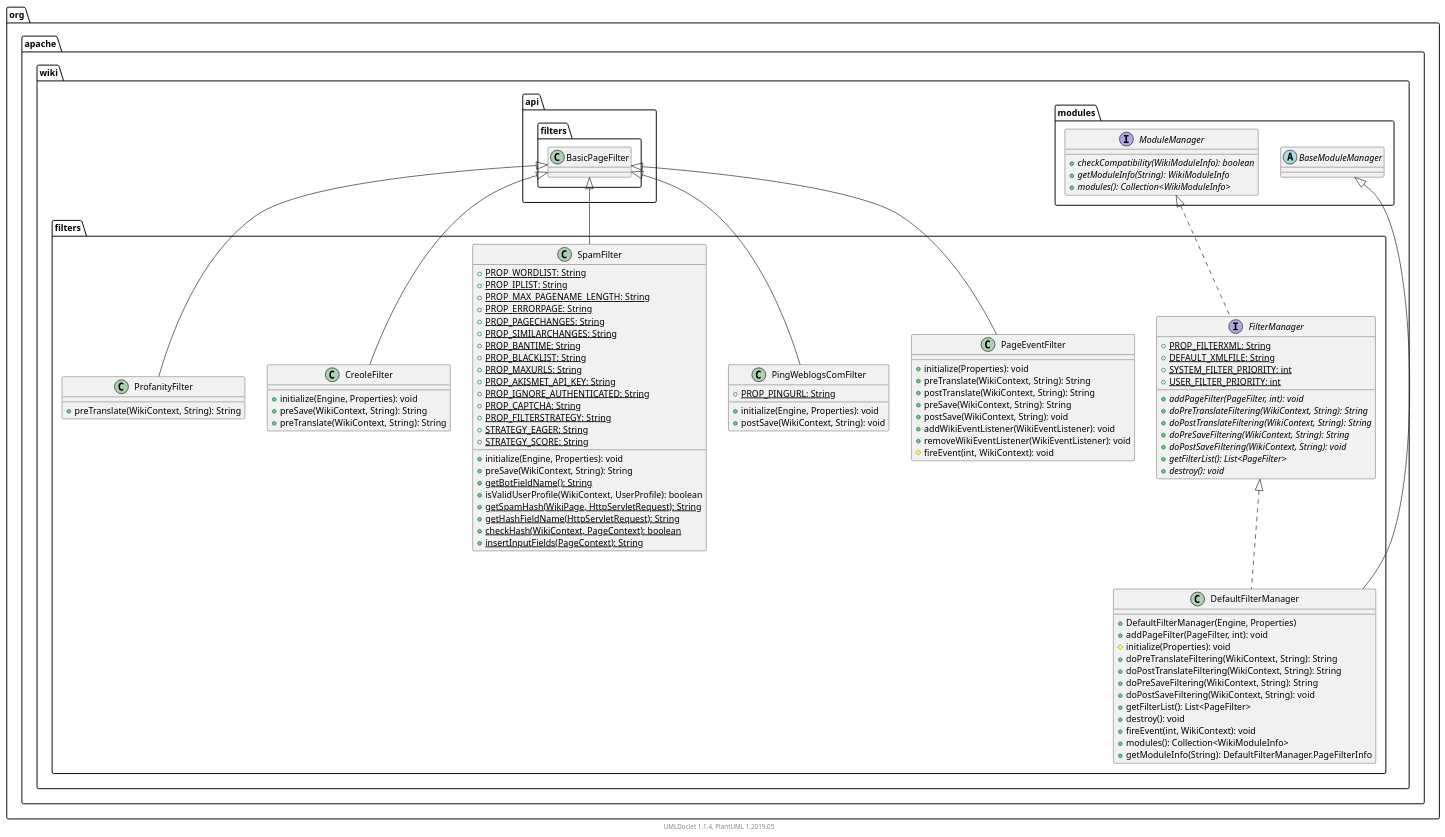
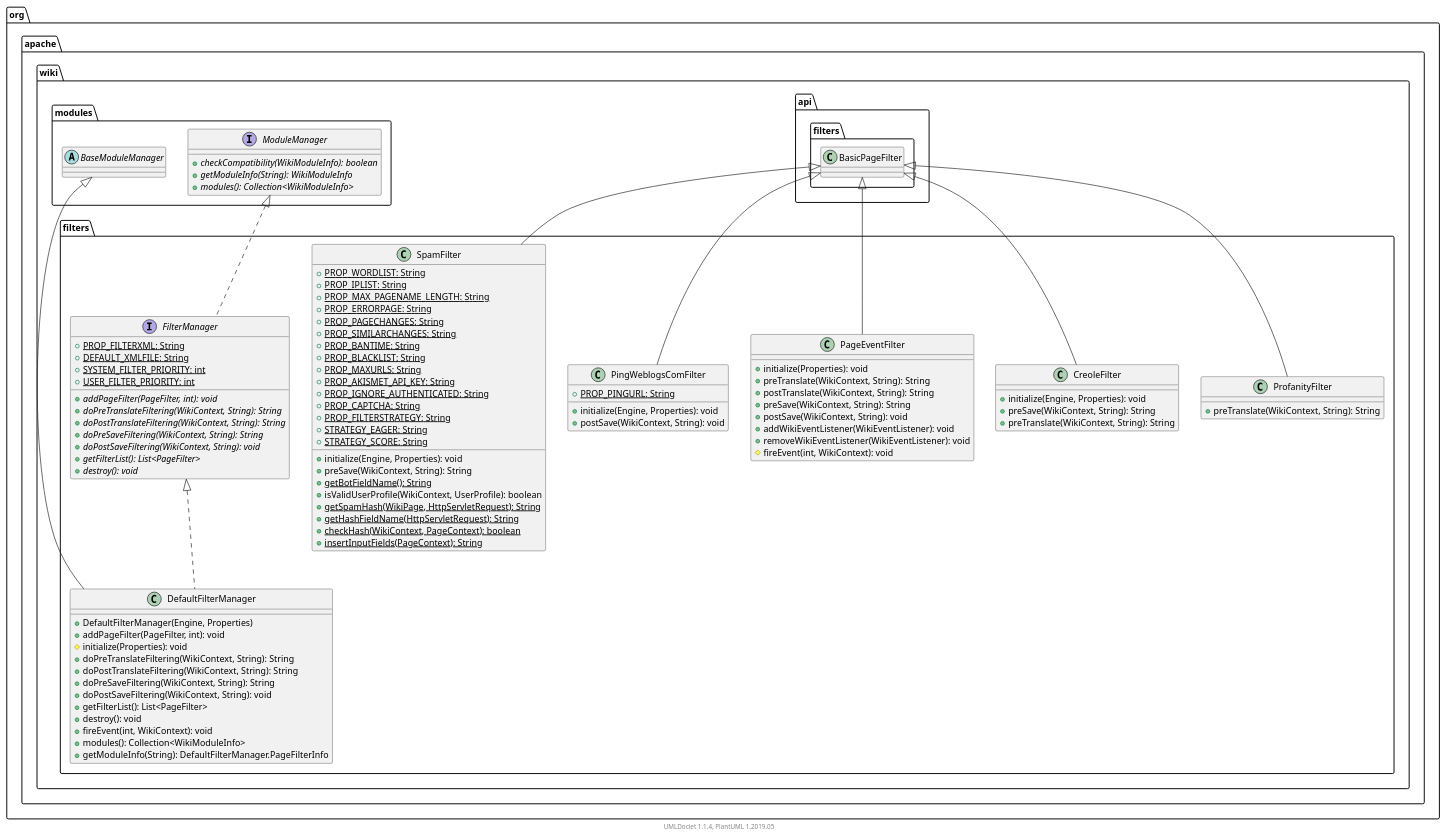
One commit to apache/jspwiki-site changed the diagram in apidocs/2.11.0.M7-SNAPSHOT/org/apache/wiki/filters/package.puml. Above: the diagram before and after it, drawn with PlantUML. The commit also changed other lines of this file and 1207 other files, not shown here.

```diff
--- a/apidocs/2.11.0.M7-SNAPSHOT/org/apache/wiki/filters/package.puml
+++ b/apidocs/2.11.0.M7-SNAPSHOT/org/apache/wiki/filters/package.puml
@@ -1,114 +1,114 @@
 @startuml
 
     namespace org.apache.wiki.filters {
+
+        class CreoleFilter [[CreoleFilter.html]] {
+            +initialize(Engine, Properties): void
+            +preSave(WikiContext, String): String
+            +preTranslate(WikiContext, String): String
+        }
+
+        interface FilterManager [[FilterManager.html]] {
+            {static} +PROP_FILTERXML: String
+            {static} +DEFAULT_XMLFILE: String
+            {static} +SYSTEM_FILTER_PRIORITY: int
+            {static} +USER_FILTER_PRIORITY: int
+            {abstract} +addPageFilter(PageFilter, int): void
+            {abstract} +doPreTranslateFiltering(WikiContext, String): String
+            {abstract} +doPostTranslateFiltering(WikiContext, String): String
+            {abstract} +doPreSaveFiltering(WikiContext, String): String
+            {abstract} +doPostSaveFiltering(WikiContext, String): void
+            {abstract} +getFilterList(): List<PageFilter>
+            {abstract} +destroy(): void
+        }
+
+        class PageEventFilter [[PageEventFilter.html]] {
+            +initialize(Properties): void
+            +preTranslate(WikiContext, String): String
+            +postTranslate(WikiContext, String): String
+            +preSave(WikiContext, String): String
+            +postSave(WikiContext, String): void
+            +addWikiEventListener(WikiEventListener): void
+            +removeWikiEventListener(WikiEventListener): void
+            #fireEvent(int, WikiContext): void
+        }
 
         class DefaultFilterManager [[DefaultFilterManager.html]] {
             +DefaultFilterManager(Engine, Properties)
             +addPageFilter(PageFilter, int): void
             #initialize(Properties): void
             +doPreTranslateFiltering(WikiContext, String): String
             +doPostTranslateFiltering(WikiContext, String): String
             +doPreSaveFiltering(WikiContext, String): String
             +doPostSaveFiltering(WikiContext, String): void
             +getFilterList(): List<PageFilter>
             +destroy(): void
             +fireEvent(int, WikiContext): void
             +modules(): Collection<WikiModuleInfo>
             +getModuleInfo(String): DefaultFilterManager.PageFilterInfo
-        }
-
-        class PageEventFilter [[PageEventFilter.html]] {
-            +initialize(Properties): void
-            +preTranslate(WikiContext, String): String
-            +postTranslate(WikiContext, String): String
-            +preSave(WikiContext, String): String
-            +postSave(WikiContext, String): void
-            +addWikiEventListener(WikiEventListener): void
-            +removeWikiEventListener(WikiEventListener): void
-            #fireEvent(int, WikiContext): void
         }
 
         class PingWeblogsComFilter [[PingWeblogsComFilter.html]] {
             {static} +PROP_PINGURL: String
             +initialize(Engine, Properties): void
             +postSave(WikiContext, String): void
         }
 
         class SpamFilter [[SpamFilter.html]] {
             {static} +PROP_WORDLIST: String
             {static} +PROP_IPLIST: String
             {static} +PROP_MAX_PAGENAME_LENGTH: String
             {static} +PROP_ERRORPAGE: String
             {static} +PROP_PAGECHANGES: String
             {static} +PROP_SIMILARCHANGES: String
             {static} +PROP_BANTIME: String
             {static} +PROP_BLACKLIST: String
             {static} +PROP_MAXURLS: String
             {static} +PROP_AKISMET_API_KEY: String
             {static} +PROP_IGNORE_AUTHENTICATED: String
             {static} +PROP_CAPTCHA: String
             {static} +PROP_FILTERSTRATEGY: String
             {static} +STRATEGY_EAGER: String
             {static} +STRATEGY_SCORE: String
             +initialize(Engine, Properties): void
             +preSave(WikiContext, String): String
             {static} +getBotFieldName(): String
             +isValidUserProfile(WikiContext, UserProfile): boolean
             {static} +getSpamHash(WikiPage, HttpServletRequest): String
             {static} +getHashFieldName(HttpServletRequest): String
             {static} +checkHash(WikiContext, PageContext): boolean
             {static} +insertInputFields(PageContext): String
         }
 
-        class CreoleFilter [[CreoleFilter.html]] {
-            +initialize(Engine, Properties): void
-            +preSave(WikiContext, String): String
-            +preTranslate(WikiContext, String): String
-        }
-
-        interface FilterManager [[FilterManager.html]] {
-            {static} +PROP_FILTERXML: String
-            {static} +DEFAULT_XMLFILE: String
-            {static} +SYSTEM_FILTER_PRIORITY: int
-            {static} +USER_FILTER_PRIORITY: int
-            {abstract} +addPageFilter(PageFilter, int): void
-            {abstract} +doPreTranslateFiltering(WikiContext, String): String
-            {abstract} +doPostTranslateFiltering(WikiContext, String): String
-            {abstract} +doPreSaveFiltering(WikiContext, String): String
-            {abstract} +doPostSaveFiltering(WikiContext, String): void
-            {abstract} +getFilterList(): List<PageFilter>
-            {abstract} +destroy(): void
-        }
-
         class ProfanityFilter [[ProfanityFilter.html]] {
             +preTranslate(WikiContext, String): String
         }
 
-        abstract class org.apache.wiki.modules.BaseModuleManager
-        org.apache.wiki.modules.BaseModuleManager <|-- DefaultFilterManager
-
-        FilterManager <|.. DefaultFilterManager
-
         class org.apache.wiki.api.filters.BasicPageFilter
-        org.apache.wiki.api.filters.BasicPageFilter <|-- PageEventFilter
-
-        org.apache.wiki.api.filters.BasicPageFilter <|-- PingWeblogsComFilter
-
-        org.apache.wiki.api.filters.BasicPageFilter <|-- SpamFilter
-
         org.apache.wiki.api.filters.BasicPageFilter <|-- CreoleFilter
 
         interface org.apache.wiki.modules.ModuleManager {
             {abstract} +checkCompatibility(WikiModuleInfo): boolean
             {abstract} +getModuleInfo(String): WikiModuleInfo
             {abstract} +modules(): Collection<WikiModuleInfo>
         }
         org.apache.wiki.modules.ModuleManager <|.. FilterManager
 
+        org.apache.wiki.api.filters.BasicPageFilter <|-- PageEventFilter
+
+        abstract class org.apache.wiki.modules.BaseModuleManager
+        org.apache.wiki.modules.BaseModuleManager <|-- DefaultFilterManager
+
+        FilterManager <|.. DefaultFilterManager
+
+        org.apache.wiki.api.filters.BasicPageFilter <|-- PingWeblogsComFilter
+
+        org.apache.wiki.api.filters.BasicPageFilter <|-- SpamFilter
+
         org.apache.wiki.api.filters.BasicPageFilter <|-- ProfanityFilter
 
     }
 
 
     center footer UMLDoclet 1.1.4, PlantUML 1.2019.05
 @enduml
```
